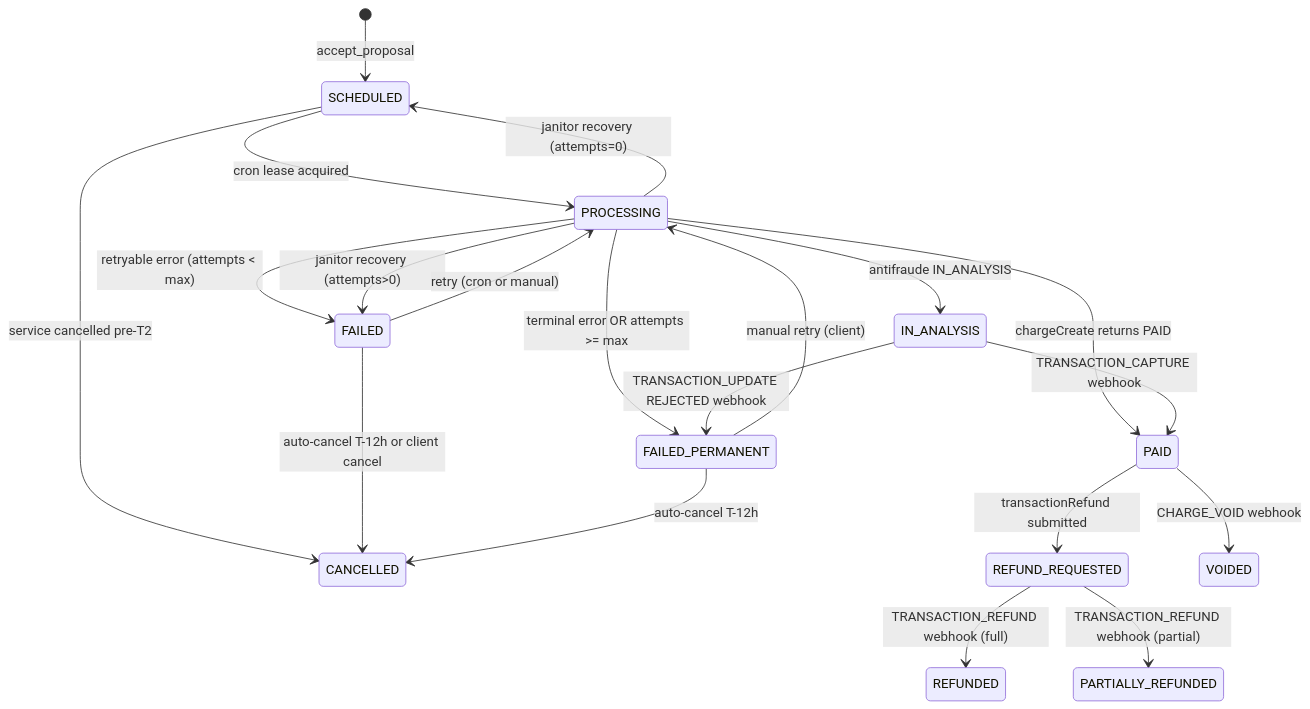
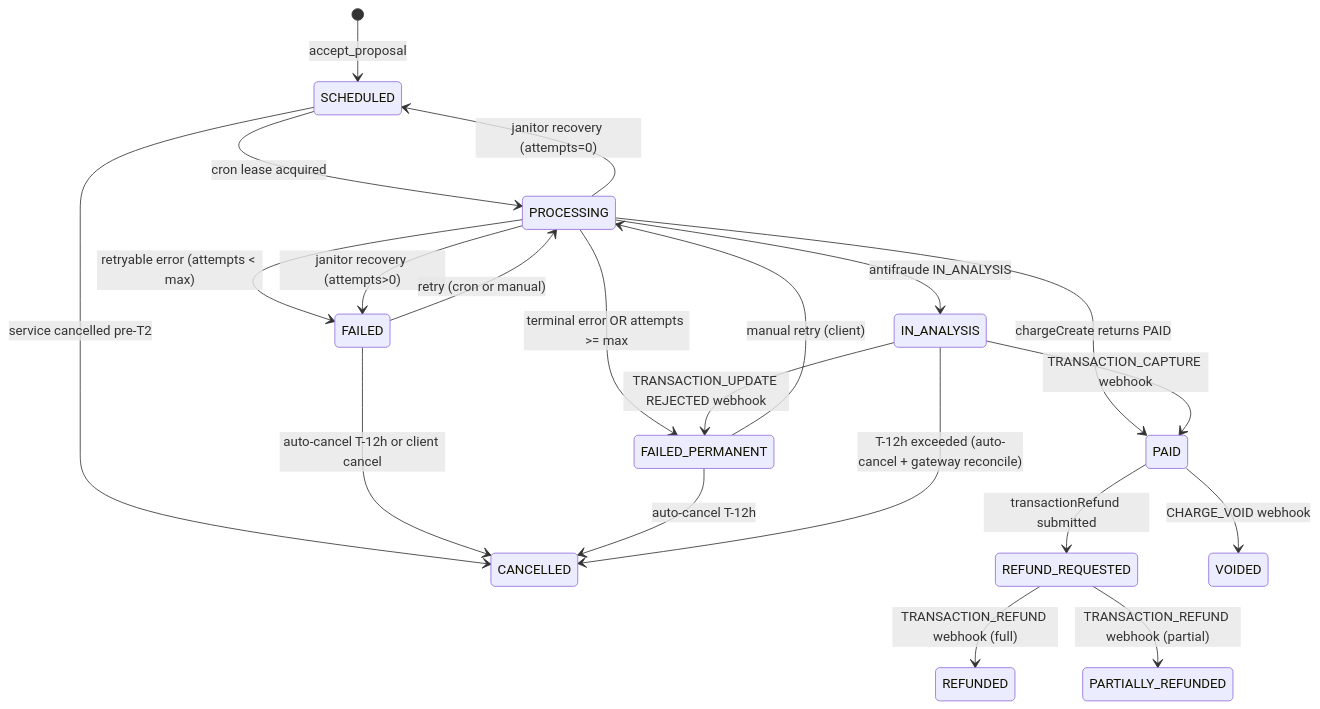
One commit to higorpo/renovi-orbit-test changed the fourth of 18 diagrams in docs/payment-system/design.md. Above: the diagram before and after it, drawn with Mermaid. The commit also changed other lines of this file and 4 other files, not shown here.

````diff
--- a/docs/payment-system/design.md
+++ b/docs/payment-system/design.md
@@ -165,22 +309,23 @@
 ```mermaid
 stateDiagram-v2
     [*] --> SCHEDULED: accept_proposal
     SCHEDULED --> PROCESSING: cron lease acquired
     SCHEDULED --> CANCELLED: service cancelled pre-T2
     PROCESSING --> PAID: chargeCreate returns PAID
     PROCESSING --> IN_ANALYSIS: antifraude IN_ANALYSIS
     PROCESSING --> FAILED: retryable error (attempts < max)
     PROCESSING --> FAILED_PERMANENT: terminal error OR attempts >= max
     PROCESSING --> SCHEDULED: janitor recovery (attempts=0)
     PROCESSING --> FAILED: janitor recovery (attempts>0)
     FAILED --> PROCESSING: retry (cron or manual)
     FAILED --> CANCELLED: auto-cancel T-12h or client cancel
     FAILED_PERMANENT --> PROCESSING: manual retry (client)
     FAILED_PERMANENT --> CANCELLED: auto-cancel T-12h
     IN_ANALYSIS --> PAID: TRANSACTION_CAPTURE webhook
     IN_ANALYSIS --> FAILED_PERMANENT: TRANSACTION_UPDATE REJECTED webhook
+    IN_ANALYSIS --> CANCELLED: T-12h exceeded (auto-cancel + gateway reconcile)
     PAID --> REFUND_REQUESTED: transactionRefund submitted
     PAID --> VOIDED: CHARGE_VOID webhook
     REFUND_REQUESTED --> REFUNDED: TRANSACTION_REFUND webhook (full)
     REFUND_REQUESTED --> PARTIALLY_REFUNDED: TRANSACTION_REFUND webhook (partial)
 ```
````
